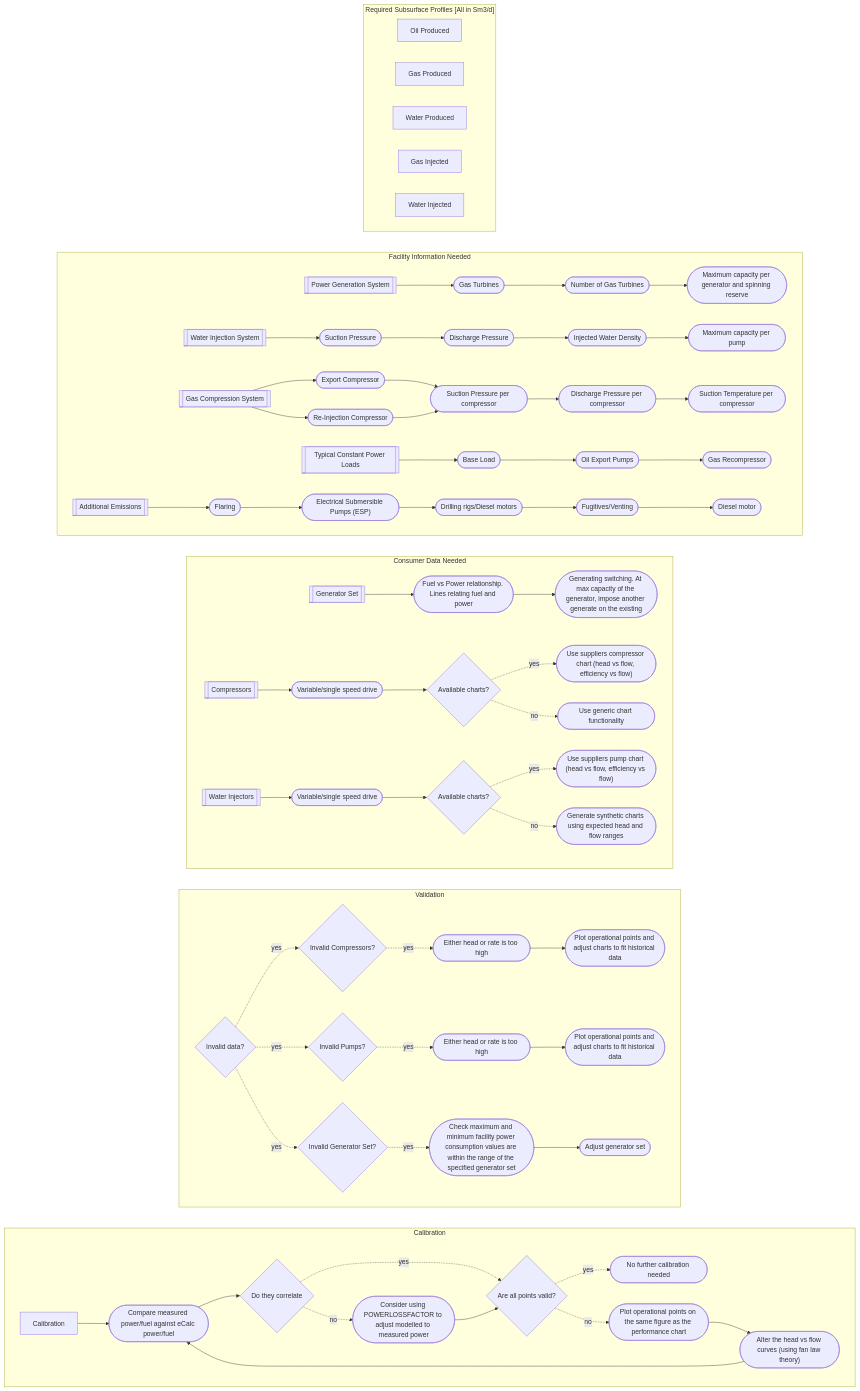
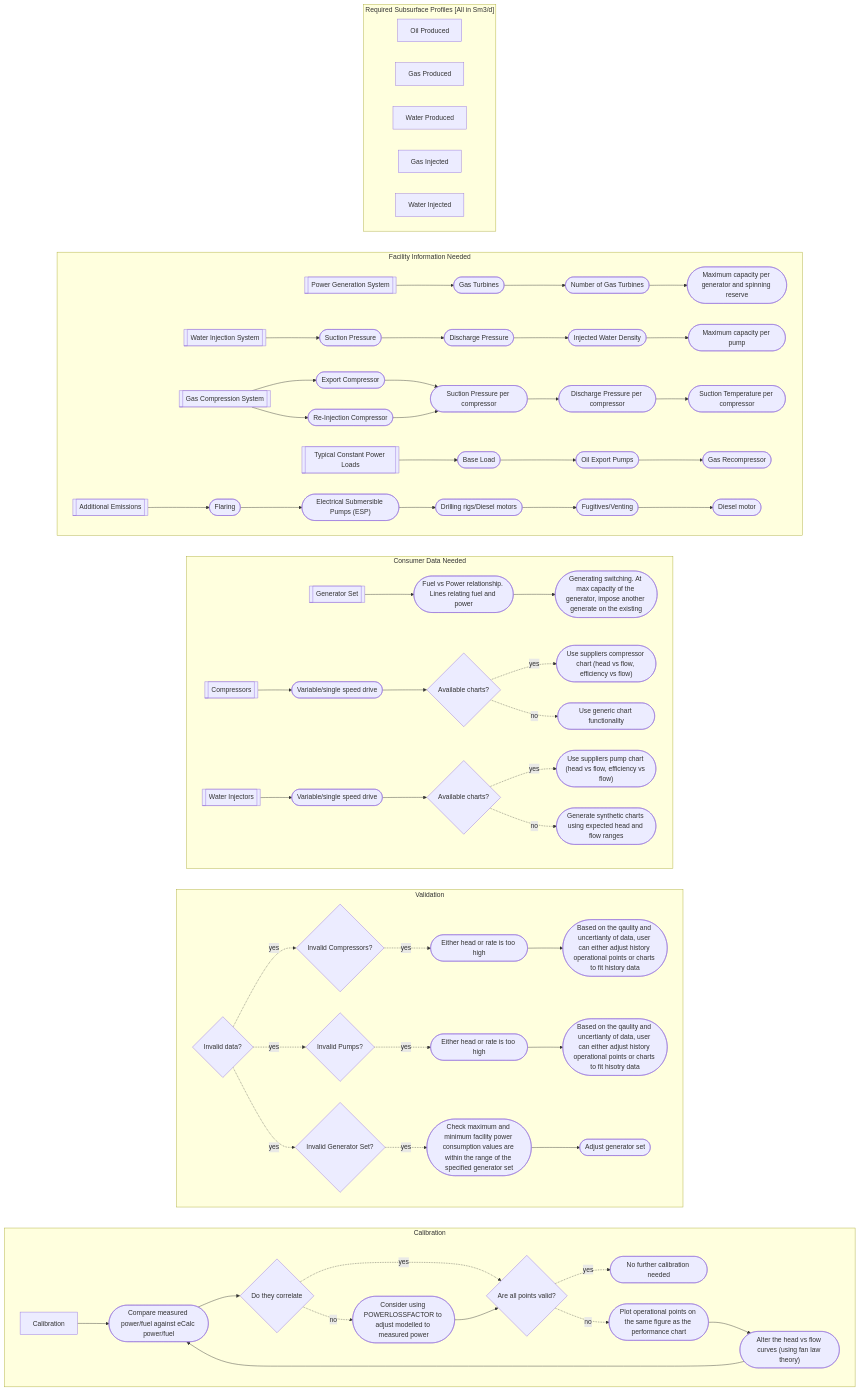
The diagram in docs/docs/about/modelling/workflow/generic_workflow.md (equinor/ecalc), drawn with Mermaid before and after one commit. The commit also changed other lines of this file, not shown here.

Commit message:
Docs: added more comments for Validation and Base Load.

```diff
--- a/docs/docs/about/modelling/workflow/generic_workflow.md
+++ b/docs/docs/about/modelling/workflow/generic_workflow.md
@@ -76,11 +76,11 @@
 
           ide4_A -. yes .-> ide4_A_1{"`Invalid Compressors?`"};
           ide4_A_1 -. yes .-> ide4_A_1_1(["`Either head or rate is too high`"]);
-          ide4_A_1_1 --> ide4_A_1_2(["`Plot operational points and adjust charts to fit historical data`"]);
+          ide4_A_1_1 --> ide4_A_1_2(["`Based on the qaulity and uncertianty of data, user can either adjust history operational points or charts to fit history data`"]);
     
           ide4_A -. yes .-> ide4_A_3{"`Invalid Pumps?`"};
           ide4_A_3 -. yes .-> ide4_A_3_1(["`Either head or rate is too high`"]);
-          ide4_A_3_1 --> ide4_A_3_2(["`Plot operational points and adjust charts to fit historical data`"]);
+          ide4_A_3_1 --> ide4_A_3_2(["`Based on the qaulity and uncertianty of data, user can either adjust history operational points or charts to fit hisotry data`"]);
     
           ide4_A -. yes .-> ide4_A_4{"`Invalid Generator Set?`"};
           ide4_A_4 -. yes .-> ide4_A_4_1(["`Check maximum and minimum facility power consumption values are within the range of the specified generator set`"]);
```
